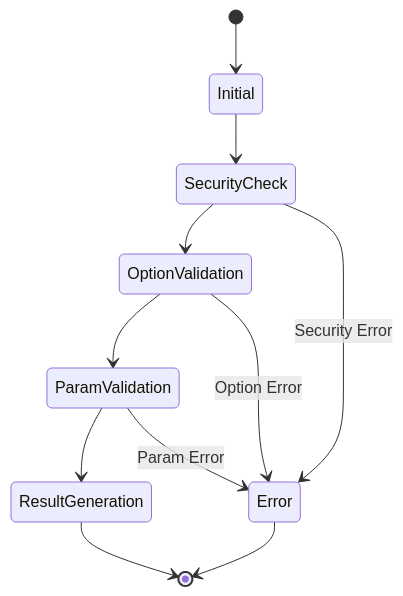
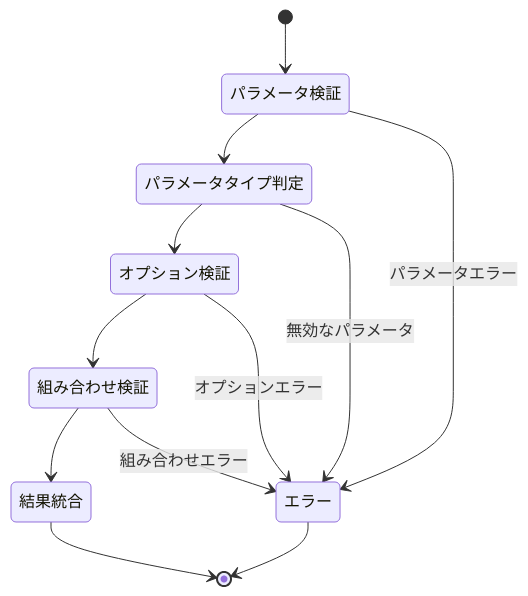
Before and after one commit to tettuan/breakdownparams: the fourth of 7 diagrams in docs/architecture/layer2_diagrams.ja.md, drawn with Mermaid. The commit also changed other lines of this file and 32 other files, not shown here.

First line of the commit message:
refactor(validator): restructure option validation system

````diff
--- a/docs/architecture/layer2_diagrams.ja.md
+++ b/docs/architecture/layer2_diagrams.ja.md
@@ -120,14 +103,15 @@
 ```mermaid
 stateDiagram-v2
-    [*] --> Initial
-    Initial --> SecurityCheck
-    SecurityCheck --> OptionValidation
-    OptionValidation --> ParamValidation
-    ParamValidation --> ResultGeneration
-    ResultGeneration --> [*]
+    [*] --> パラメータ検証
+    パラメータ検証 --> パラメータタイプ判定
+    パラメータタイプ判定 --> オプション検証
+    オプション検証 --> 組み合わせ検証
+    組み合わせ検証 --> 結果統合
+    結果統合 --> [*]
     
-    SecurityCheck --> Error: Security Error
-    OptionValidation --> Error: Option Error
-    ParamValidation --> Error: Param Error
-    Error --> [*]
+    パラメータ検証 --> エラー: パラメータエラー
+    パラメータタイプ判定 --> エラー: 無効なパラメータ
+    オプション検証 --> エラー: オプションエラー
+    組み合わせ検証 --> エラー: 組み合わせエラー
+    エラー --> [*]
 ```
````
